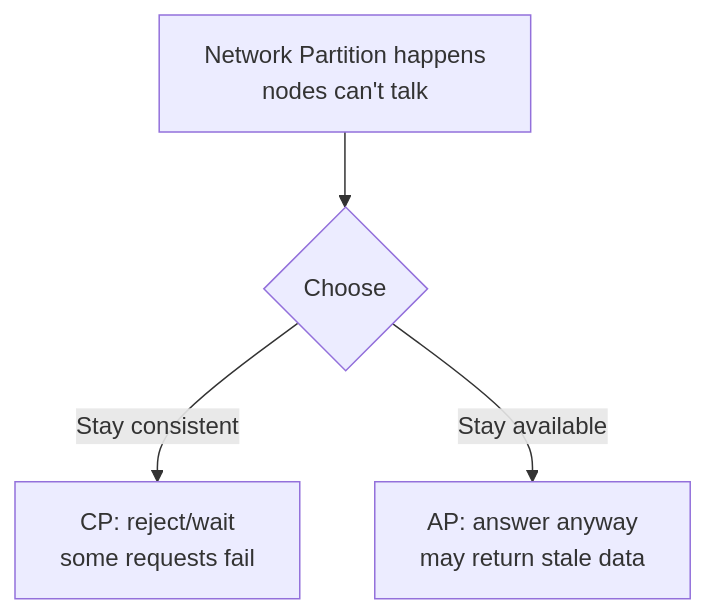
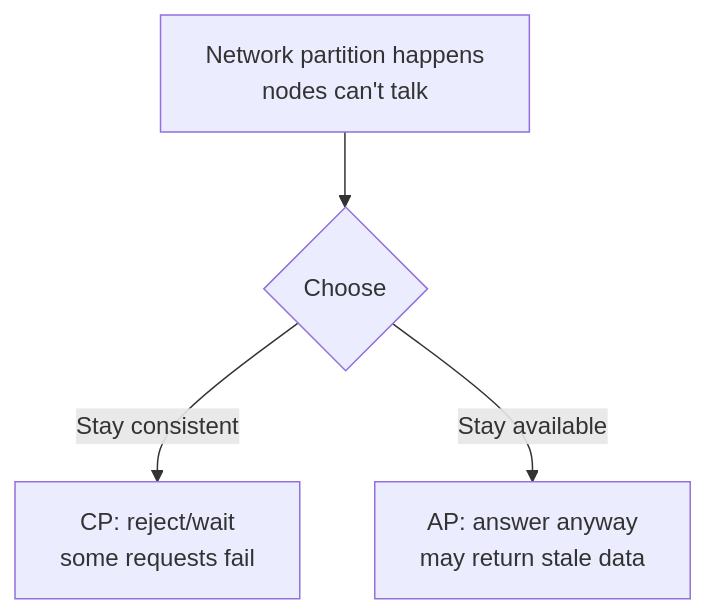
The ninth of 15 diagrams in fundamentals/README.md (codewithmuh/system-design), drawn with Mermaid before and after one commit. The commit also changed other lines of this file and 3 other files, not shown here.

````diff
--- a/fundamentals/README.md
+++ b/fundamentals/README.md
@@ -390,6 +396,6 @@
 ```mermaid
 flowchart TB
-    P[Network Partition happens<br/>nodes can't talk] --> Q{Choose}
+    P[Network partition happens<br/>nodes can't talk] --> Q{Choose}
     Q -->|Stay consistent| CP[CP: reject/wait<br/>some requests fail]
     Q -->|Stay available| AP[AP: answer anyway<br/>may return stale data]
 ```
````
